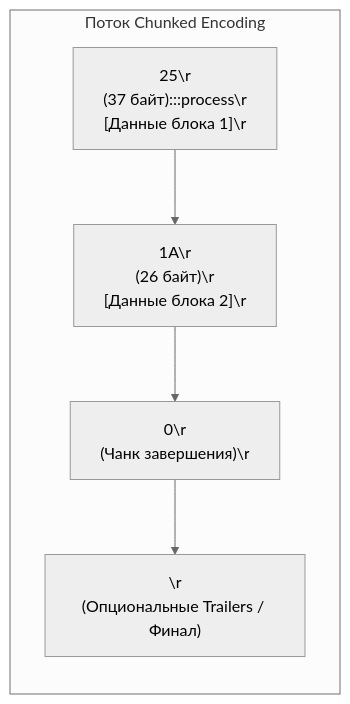
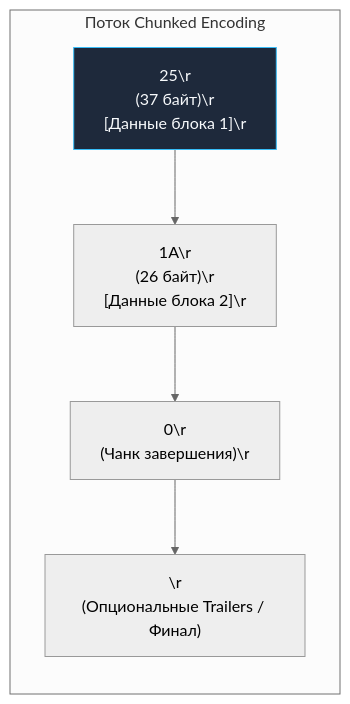
One commit to UnrealTemplier/go-textbook-ru changed the third of 5 diagrams in sources/3. Компьютерные сети и сетевой стек/21. HTTP 1.1 под капотом. Keep Alive, Chunked Encoding, Pipelining.md. Above: the diagram before and after it, drawn with Mermaid (neutral theme). The commit also changed 40 other files, not shown here.

First line of the commit message:
fix(mermaid): move :::class out of 48 quoted node labels

````diff
--- a/sources/3. Компьютерные сети и сетевой стек/21. HTTP 1.1 под капотом. Keep Alive, Chunked Encoding, Pipelining.md
+++ b/sources/3. Компьютерные сети и сетевой стек/21. HTTP 1.1 под капотом. Keep Alive, Chunked Encoding, Pipelining.md
@@ -141,18 +141,18 @@
 ```mermaid
 flowchart LR
     classDef process  fill:#1e293b,stroke:#38bdf8,stroke-width:1px,color:#f8fafc
     classDef success  fill:#064e3b,stroke:#34d399,stroke-width:1px,color:#f8fafc
     classDef error    fill:#7f1d1d,stroke:#f87171,stroke-width:1px,color:#f8fafc
     classDef warning  fill:#78350f,stroke:#fbbf24,stroke-width:1px,color:#f8fafc
     classDef entry    fill:#1e3a5f,stroke:#38bdf8,stroke-width:2px,color:#f8fafc
     classDef aux      fill:#334155,stroke:#64748b,stroke-width:1px,color:#f8fafc
     classDef system   fill:#312e81,stroke:#a78bfa,stroke-width:1px,color:#f8fafc
     classDef data     fill:#132d29,stroke:#2dd4bf,stroke-width:1px,color:#f8fafc
     classDef network  fill:#881337,stroke:#fb7185,stroke-width:1px,color:#f8fafc
     classDef accent   fill:#1e1b4b,stroke:#818cf8,stroke-width:1px,color:#f8fafc
     subgraph Stream ["Поток Chunked Encoding"]
-        C1["25\r\n(37 байт):::process\r\n[Данные блока 1]\r\n"] --> C2["1A\r\n(26 байт)\r\n[Данные блока 2]\r\n"]
+        C1["25\r\n(37 байт)\r\n[Данные блока 1]\r\n"]:::process --> C2["1A\r\n(26 байт)\r\n[Данные блока 2]\r\n"]
         C2 --> C3["0\r\n(Чанк завершения)\r\n"]
         C3 --> C4["\r\n(Опциональные Trailers / Финал)"]
     end
 ```
````
